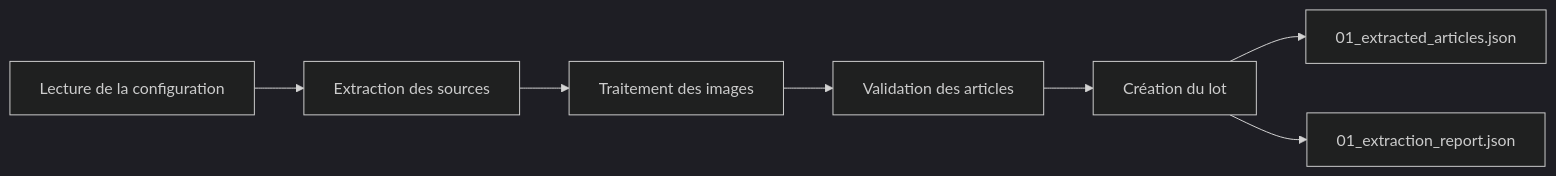
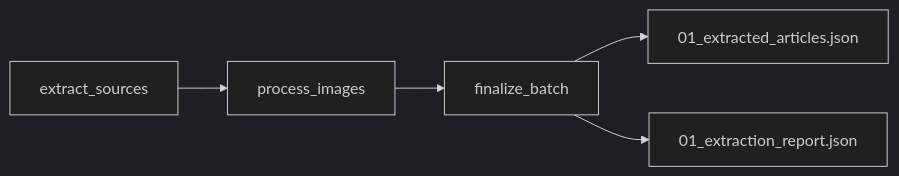
One commit to gonzalezcourrier34-glitch/checkit_ai changed the diagram in docs/06_dag/02_extract.md. Above: the diagram before and after it, drawn with Mermaid (dark theme). The commit also changed other lines of this file and 51 other files, not shown here.

````diff
--- a/docs/06_dag/02_extract.md
+++ b/docs/06_dag/02_extract.md
@@ -31,17 +36,13 @@
 ```mermaid
 flowchart LR
 
-A[Lecture de la configuration]
+A[extract_sources]
 
-A --> B[Extraction des sources]
+A --> B[process_images]
 
-B --> C[Traitement des images]
+B --> C[finalize_batch]
 
-C --> D[Validation des articles]
+C --> D[01_extracted_articles.json]
 
-D --> E[Création du lot]
-
-E --> F[01_extracted_articles.json]
-
-E --> G[01_extraction_report.json]
+C --> E[01_extraction_report.json]
 ```
````
